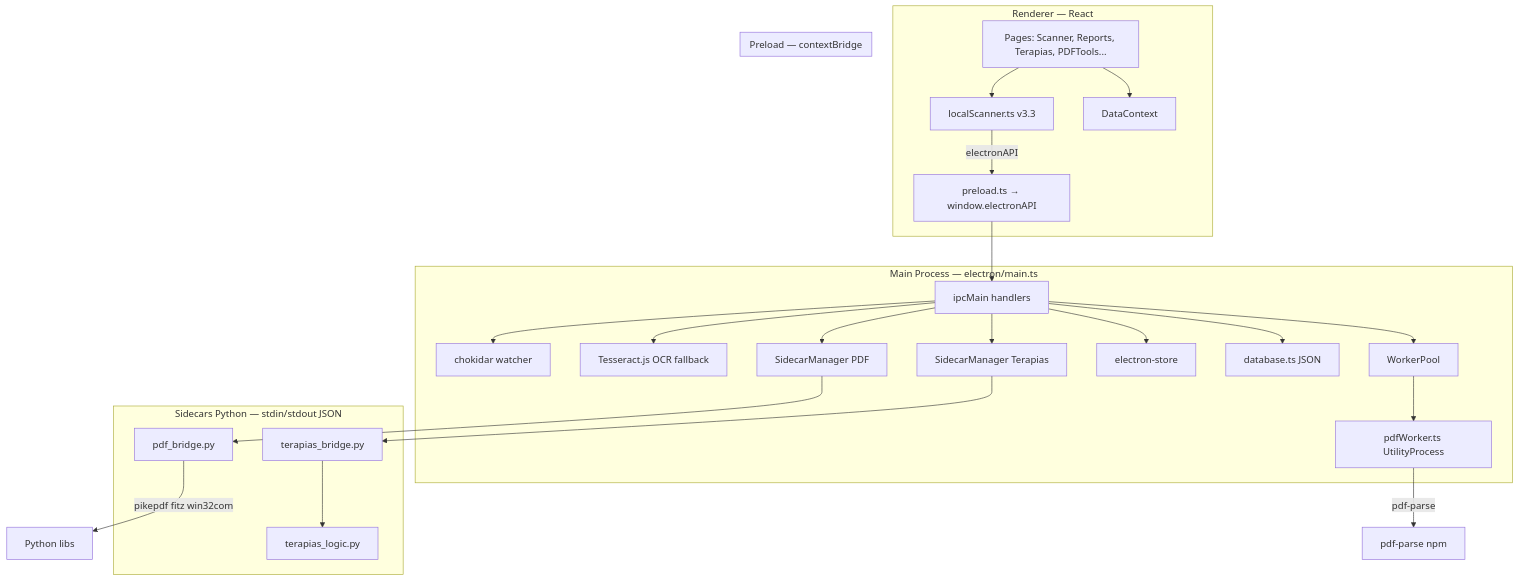
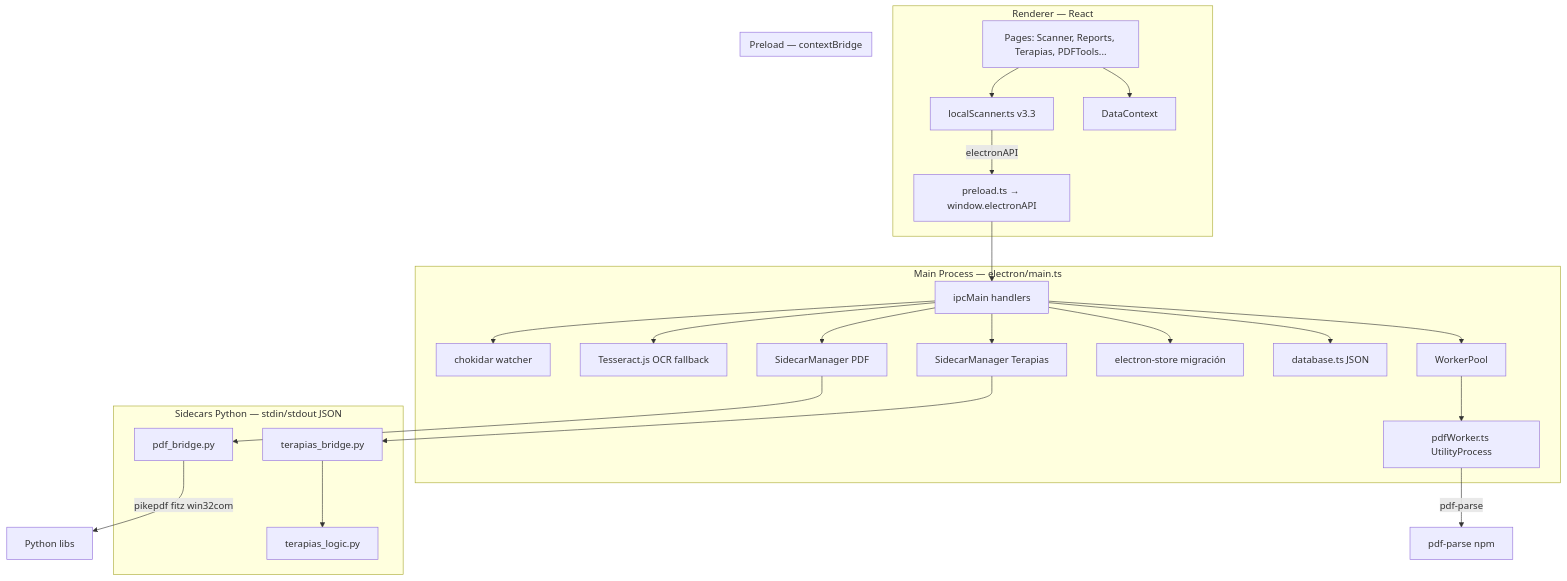
The diagram in CONTEXT.md (Carlo30-ops/ControlHub), drawn with Mermaid before and after one commit. The commit also changed other lines of this file and 166 other files, not shown here.

````diff
--- a/CONTEXT.md
+++ b/CONTEXT.md
@@ -48,46 +48,46 @@
 ```mermaid
 flowchart TB
   subgraph renderer [Renderer — React]
     Pages[Pages: Scanner, Reports, Terapias, PDFTools...]
     DC[DataContext]
     LS[localScanner.ts v3.3]
     Pages --> DC
     Pages --> LS
     LS -->|electronAPI| Preload
   end
 
   subgraph preload [Preload — contextBridge]
     Preload[preload.ts → window.electronAPI]
   end
 
   subgraph main [Main Process — electron/main.ts]
     IPC[ipcMain handlers]
     WP[WorkerPool]
     PW[pdfWorker.ts UtilityProcess]
     DB[database.ts JSON]
-    ES[electron-store]
+    ES[electron-store migración]
     TW[SidecarManager Terapias]
     PS[SidecarManager PDF]
     OCR[Tesseract.js OCR fallback]
     CH[chokidar watcher]
     IPC --> WP --> PW
     IPC --> DB
     IPC --> ES
     IPC --> TW
     IPC --> PS
     IPC --> OCR
     IPC --> CH
   end
 
   subgraph python [Sidecars Python — stdin/stdout JSON]
     TB[terapias_bridge.py]
     PB[pdf_bridge.py]
     TL[terapias_logic.py]
     TW --> TB --> TL
     PS --> PB
   end
 
   Preload --> IPC
   PW -->|pdf-parse| PDFLib[pdf-parse npm]
   PB -->|pikepdf fitz win32com| PyLibs[Python libs]
 ```
````
